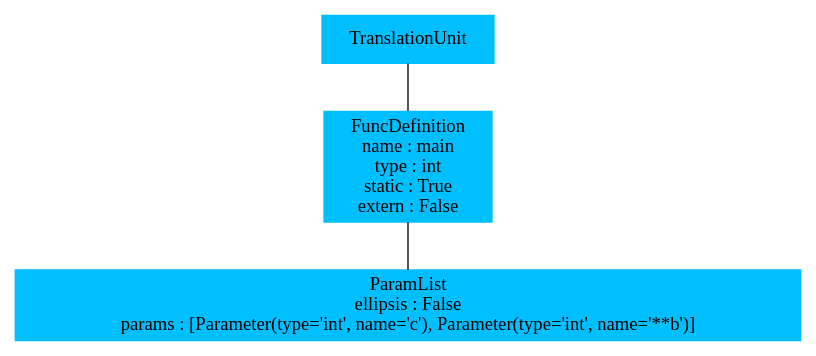
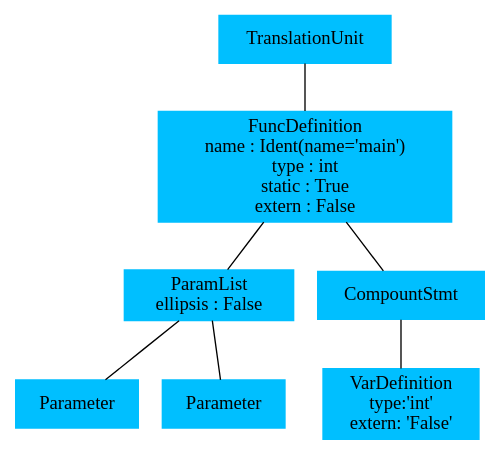
The diagram in Mini-C/AST.dot (AndresQAgudelo/Compiladores), drawn with Graphviz before and after one commit. The commit also changed 8 other files, not shown here.

```diff
--- a/Mini-C/AST.dot
+++ b/Mini-C/AST.dot
@@ -1,16 +1,23 @@
 // AST
 digraph AST {
 	node [color=deepskyblue shape=box style=filled]
 	edge [arrowhead=none]
 	n01 [label="TranslationUnit\n"]
 	n02 [label="FuncDefinition 
- name : main 
+ name : Ident(name='main') 
  type : int 
  static : True 
  extern : False"]
 	n03 [label="ParamList 
- ellipsis : False 
- params : [Parameter(type='int', name='c'), Parameter(type='int', name='**b')] "]
+ ellipsis : False "]
+	n04 [label=Parameter]
+	n03 -> n04
+	n05 [label=Parameter]
+	n03 -> n05
 	n02 -> n03
+	n06 [label=CompountStmt]
+	n07 [label="VarDefinition\ntype:'int'\nextern: 'False'"]
+	n06 -> n07
+	n02 -> n06
 	n01 -> n02
 }
```
